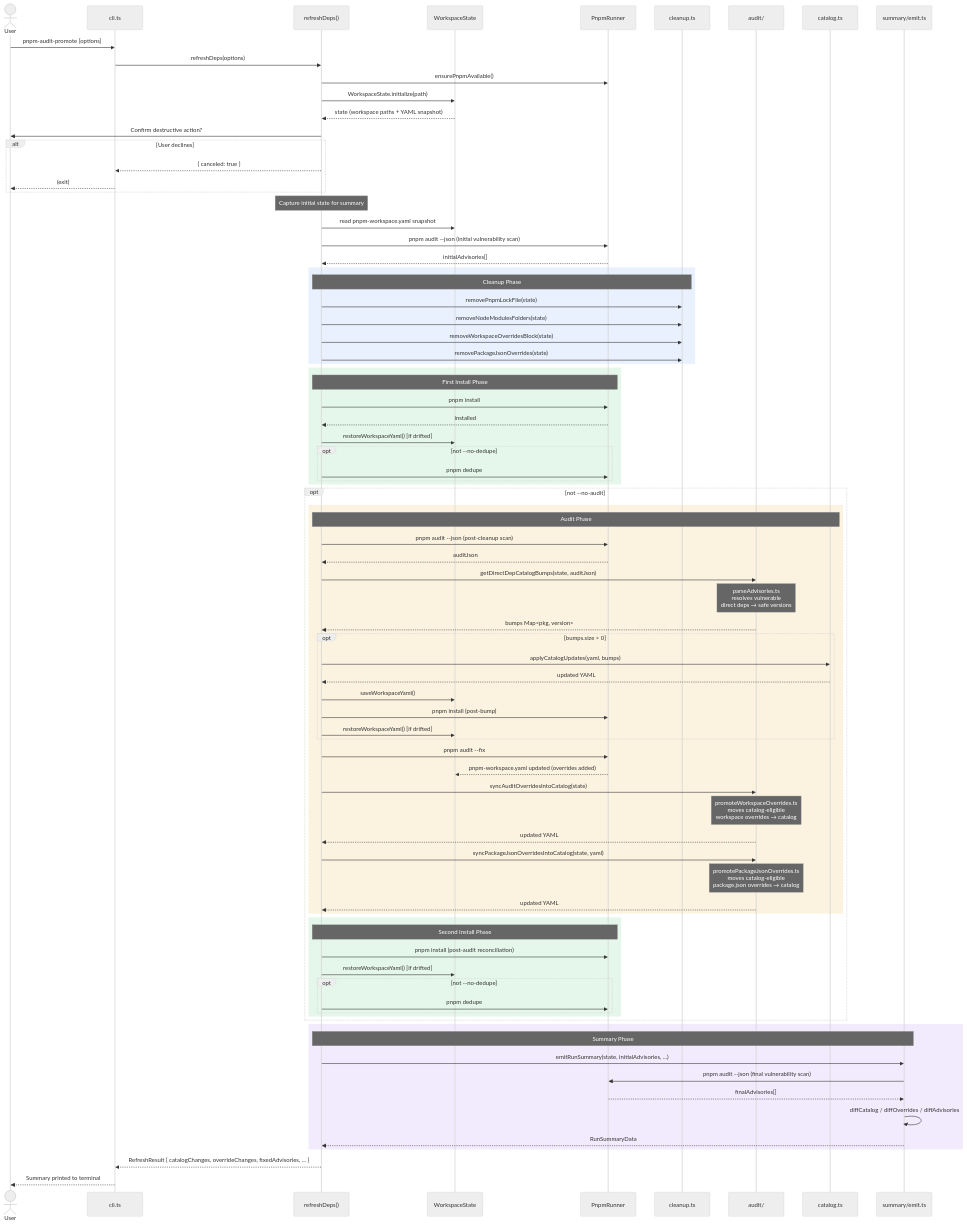
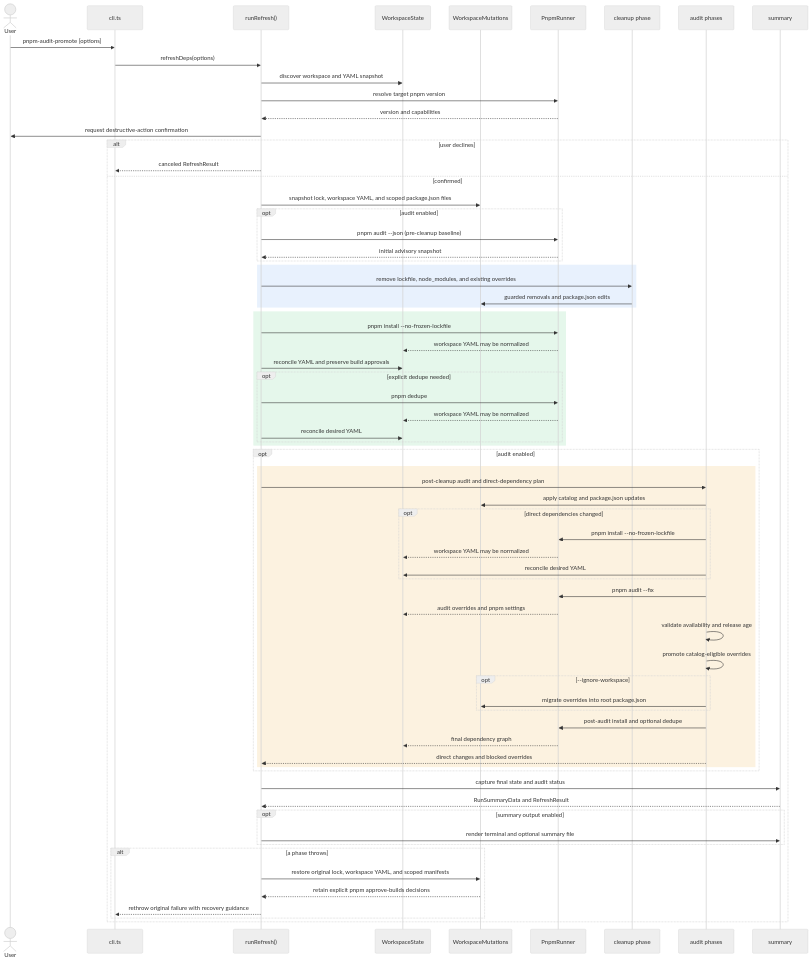
Before and after one commit to TheRoks/pnpm-audit-promote: the diagram in docs/sequence-diagram.md, drawn with Mermaid (neutral theme). The commit also changed other lines of this file and 67 other files, not shown here.

First line of the commit message:
feat(pnpm12): support delegated config and package manifests (#131)

````diff
--- a/docs/sequence-diagram.md
+++ b/docs/sequence-diagram.md
@@ -4,99 +8,77 @@
 sequenceDiagram
     actor User
     participant CLI as cli.ts
-    participant Refresh as refreshDeps()
-    participant WS as WorkspaceState
+    participant Refresh as runRefresh()
+    participant State as WorkspaceState
+    participant Files as WorkspaceMutations
     participant Pnpm as PnpmRunner
-    participant Cleanup as cleanup.ts
-    participant Audit as audit/
-    participant Catalog as catalog.ts
-    participant Summary as summary/emit.ts
+    participant Cleanup as cleanup phase
+    participant Audit as audit phases
+    participant Summary as summary
 
     User->>CLI: pnpm-audit-promote [options]
     CLI->>Refresh: refreshDeps(options)
+    Refresh->>State: discover workspace and YAML snapshot
+    Refresh->>Pnpm: resolve target pnpm version
+    Pnpm-->>Refresh: version and capabilities
+    Refresh->>User: request destructive-action confirmation
+    alt user declines
+        Refresh-->>CLI: canceled RefreshResult
+    else confirmed
+        Refresh->>Files: snapshot lock, workspace YAML, and scoped package.json files
+        opt audit enabled
+            Refresh->>Pnpm: pnpm audit --json (pre-cleanup baseline)
+            Pnpm-->>Refresh: initial advisory snapshot
+        end
 
-    Refresh->>Pnpm: ensurePnpmAvailable()
-    Refresh->>WS: WorkspaceState.initialize(path)
-    WS-->>Refresh: state (workspace paths + YAML snapshot)
-
-    Refresh->>User: Confirm destructive action?
-    alt User declines
-        Refresh-->>CLI: { canceled: true }
-        CLI-->>User: (exit)
-    end
-
-    Note over Refresh: Capture initial state for summary
-    Refresh->>WS: read pnpm-workspace.yaml snapshot
-    Refresh->>Pnpm: pnpm audit --json (initial vulnerability scan)
-    Pnpm-->>Refresh: initialAdvisories[]
-
-    rect rgba(100, 160, 240, 0.15)
-        Note over Refresh,Cleanup: Cleanup Phase
-        Refresh->>Cleanup: removePnpmLockFile(state)
-        Refresh->>Cleanup: removeNodeModulesFolders(state)
-        Refresh->>Cleanup: removeWorkspaceOverridesBlock(state)
-        Refresh->>Cleanup: removePackageJsonOverrides(state)
-    end
-
-    rect rgba(80, 200, 120, 0.15)
-        Note over Refresh,Pnpm: First Install Phase
-        Refresh->>Pnpm: pnpm install
-        Pnpm-->>Refresh: installed
-        Refresh->>WS: restoreWorkspaceYaml() [if drifted]
-        opt not --no-dedupe
-            Refresh->>Pnpm: pnpm dedupe
-        end
-    end
-
-    opt not --no-audit
-        rect rgba(230, 170, 50, 0.15)
-            Note over Refresh,Catalog: Audit Phase
-            Refresh->>Pnpm: pnpm audit --json (post-cleanup scan)
-            Pnpm-->>Refresh: auditJson
-
-            Refresh->>Audit: getDirectDepCatalogBumps(state, auditJson)
-            Note over Audit: parseAdvisories.ts<br/>resolves vulnerable<br/>direct deps → safe versions
-            Audit-->>Refresh: bumps Map<pkg, version>
-
-            opt bumps.size > 0
-                Refresh->>Catalog: applyCatalogUpdates(yaml, bumps)
-                Catalog-->>Refresh: updated YAML
-                Refresh->>WS: saveWorkspaceYaml()
-                Refresh->>Pnpm: pnpm install (post-bump)
-                Refresh->>WS: restoreWorkspaceYaml() [if drifted]
-            end
-
-            Refresh->>Pnpm: pnpm audit --fix
-            Pnpm-->>WS: pnpm-workspace.yaml updated (overrides added)
-
-            Refresh->>Audit: syncAuditOverridesIntoCatalog(state)
-            Note over Audit: promoteWorkspaceOverrides.ts<br/>moves catalog-eligible<br/>workspace overrides → catalog
-            Audit-->>Refresh: updated YAML
-
-            Refresh->>Audit: syncPackageJsonOverridesIntoCatalog(state, yaml)
-            Note over Audit: promotePackageJsonOverrides.ts<br/>moves catalog-eligible<br/>package.json overrides → catalog
-            Audit-->>Refresh: updated YAML
+        rect rgba(100, 160, 240, 0.15)
+            Refresh->>Cleanup: remove lockfile, node_modules, and existing overrides
+            Cleanup->>Files: guarded removals and package.json edits
         end
 
         rect rgba(80, 200, 120, 0.15)
-            Note over Refresh,Pnpm: Second Install Phase
-            Refresh->>Pnpm: pnpm install (post-audit reconciliation)
-            Refresh->>WS: restoreWorkspaceYaml() [if drifted]
-            opt not --no-dedupe
+            Refresh->>Pnpm: pnpm install --no-frozen-lockfile
+            Pnpm-->>State: workspace YAML may be normalized
+            Refresh->>State: reconcile YAML and preserve build approvals
+            opt explicit dedupe needed
                 Refresh->>Pnpm: pnpm dedupe
+                Pnpm-->>State: workspace YAML may be normalized
+                Refresh->>State: reconcile desired YAML
             end
         end
+
+        opt audit enabled
+            rect rgba(230, 170, 50, 0.15)
+                Refresh->>Audit: post-cleanup audit and direct-dependency plan
+                Audit->>Files: apply catalog and package.json updates
+                opt direct dependencies changed
+                    Audit->>Pnpm: pnpm install --no-frozen-lockfile
+                    Pnpm-->>State: workspace YAML may be normalized
+                    Audit->>State: reconcile desired YAML
+                end
+                Audit->>Pnpm: pnpm audit --fix
+                Pnpm-->>State: audit overrides and pnpm settings
+                Audit->>Audit: validate availability and release age
+                Audit->>Audit: promote catalog-eligible overrides
+                opt --ignore-workspace
+                    Audit->>Files: migrate overrides into root package.json
+                end
+                Audit->>Pnpm: post-audit install and optional dedupe
+                Pnpm-->>State: final dependency graph
+                Audit-->>Refresh: direct changes and blocked overrides
+            end
+        end
+
+        Refresh->>Summary: capture final state and audit status
+        Summary-->>Refresh: RunSummaryData and RefreshResult
+        opt summary output enabled
+            Refresh->>Summary: render terminal and optional summary file
+        end
+
+        alt a phase throws
+            Refresh->>Files: restore original lock, workspace YAML, and scoped manifests
+            Files-->>Refresh: retain explicit pnpm approve-builds decisions
+            Refresh-->>CLI: rethrow original failure with recovery guidance
+        end
     end
-
-    rect rgba(170, 120, 240, 0.15)
-        Note over Refresh,Summary: Summary Phase
-        Refresh->>Summary: emitRunSummary(state, initialAdvisories, ...)
-        Summary->>Pnpm: pnpm audit --json (final vulnerability scan)
-        Pnpm-->>Summary: finalAdvisories[]
-        Summary->>Summary: diffCatalog / diffOverrides / diffAdvisories
-        Summary-->>Refresh: RunSummaryData
-    end
-
-    Refresh-->>CLI: RefreshResult { catalogChanges, overrideChanges, fixedAdvisories, ... }
-    CLI-->>User: Summary printed to terminal
 ```
````
